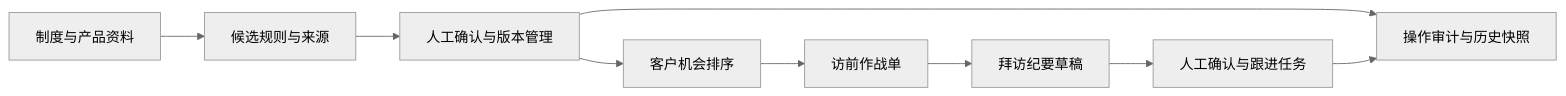
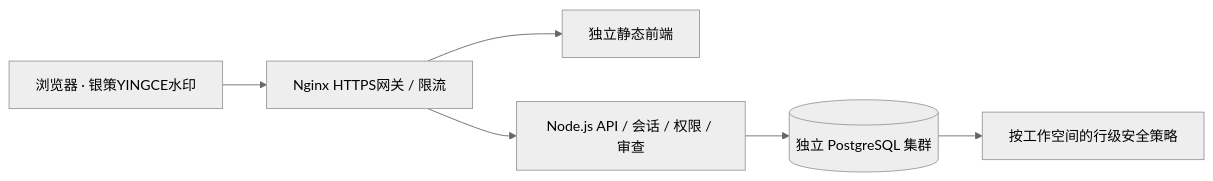
Before and after one commit to ForgetGround/yince-fieldwork: the diagram in README.md, drawn with Mermaid (neutral theme). The commit also changed other lines of this file and 37 other files, not shown here.

Commit message:
Add authenticated PostgreSQL workspaces and fieldwork collaboration

````diff
--- a/README.md
+++ b/README.md
@@ -15,11 +54,8 @@
 ```mermaid
 flowchart LR
-    A[制度与产品资料] --> B[候选规则与来源]
-    B --> C[人工确认与版本管理]
-    C --> D[客户机会排序]
-    D --> E[访前作战单]
-    E --> F[拜访纪要草稿]
-    F --> G[人工确认与跟进任务]
-    C --> H[操作审计与历史快照]
-    G --> H
+  U[浏览器 · 银策YINGCE水印] --> G[Nginx HTTPS网关 / 限流]
+  G --> W[独立静态前端]
+  G --> A[Node.js API / 会话 / 权限 / 审查]
+  A --> D[(独立 PostgreSQL 集群)]
+  D --> R[按工作空间的行级安全策略]
 ```
````
